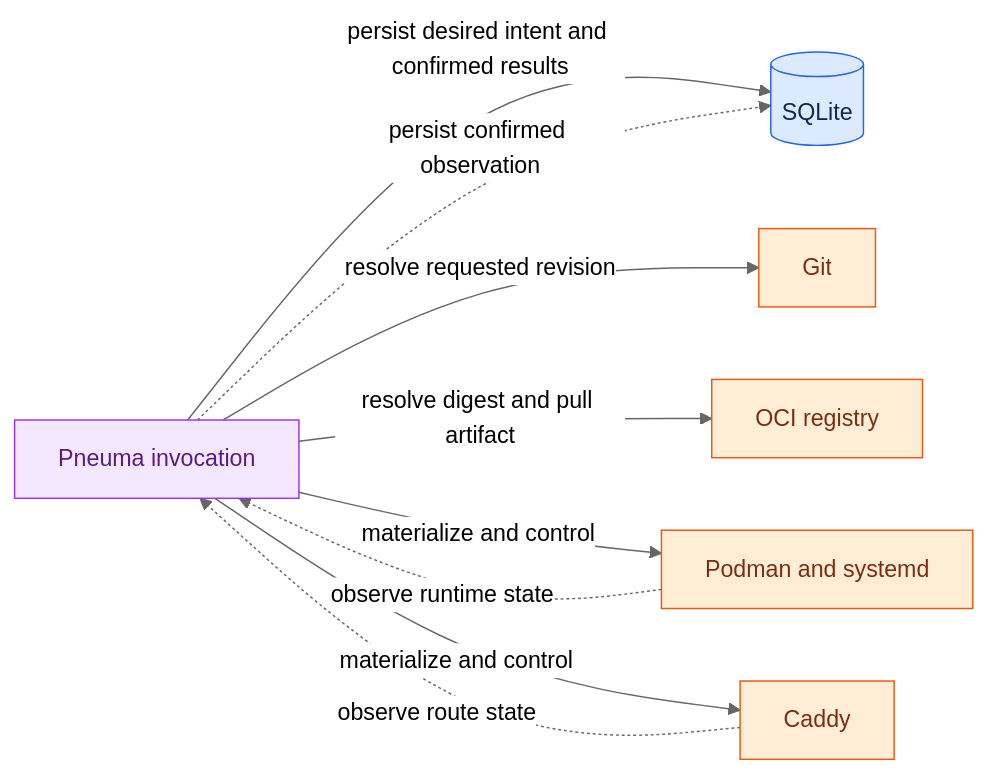
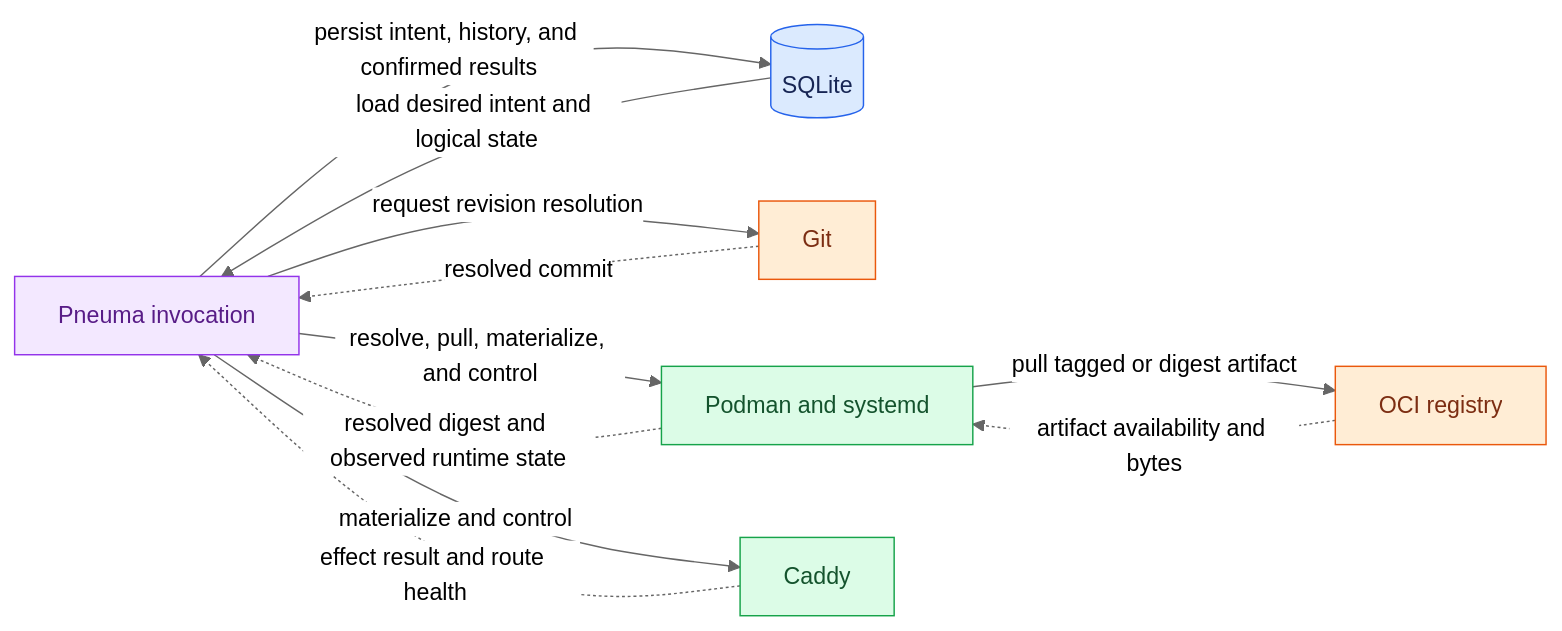
Before and after one commit to vitoraalmeida/pneuma: the first of 3 diagrams in docs/architecture/architecture.md, drawn with Mermaid (neutral theme). The commit also changed other lines of this file and 1 other file, not shown here.

Commit message:
docs: correct architecture diagrams

````diff
--- a/docs/architecture/architecture.md
+++ b/docs/architecture/architecture.md
@@ -86,25 +86,29 @@
 ```mermaid
 flowchart LR
     cli[Pneuma invocation]
     sqlite[(SQLite)]
     git[Git]
     registry[OCI registry]
     runtime[Podman and systemd]
     caddy[Caddy]
 
-    cli -->|persist desired intent and confirmed results| sqlite
-    cli -->|resolve requested revision| git
-    cli -->|resolve digest and pull artifact| registry
-    cli -->|materialize and control| runtime
+    sqlite -->|load desired intent and logical state| cli
+    cli -->|persist intent, history, and confirmed results| sqlite
+    cli -->|request revision resolution| git
+    git -.->|resolved commit| cli
+    cli -->|resolve, pull, materialize, and control| runtime
+    runtime -->|pull tagged or digest artifact| registry
+    registry -.->|artifact availability and bytes| runtime
+    runtime -.->|resolved digest and observed runtime state| cli
     cli -->|materialize and control| caddy
-    runtime -.->|observe runtime state| cli
-    caddy -.->|observe route state| cli
-    cli -.->|persist confirmed observation| sqlite
+    caddy -.->|effect result and route health| cli
 
-    classDef authority fill:#dbeafe,stroke:#2563eb,color:#172554;
-    classDef external fill:#ffedd5,stroke:#ea580c,color:#7c2d12;
+    classDef persisted fill:#dbeafe,stroke:#2563eb,color:#172554;
+    classDef remote fill:#ffedd5,stroke:#ea580c,color:#7c2d12;
+    classDef hostAuthority fill:#dcfce7,stroke:#16a34a,color:#14532d;
     classDef orchestrator fill:#f3e8ff,stroke:#9333ea,color:#581c87;
-    class sqlite authority;
-    class git,registry,runtime,caddy external;
+    class sqlite persisted;
+    class git,registry remote;
+    class runtime,caddy hostAuthority;
     class cli orchestrator;
 ```
````
